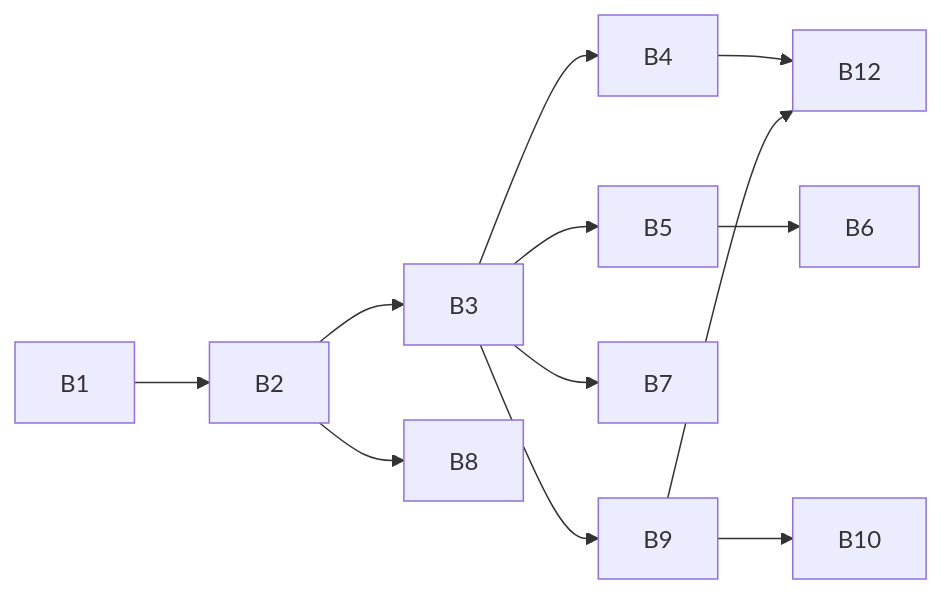
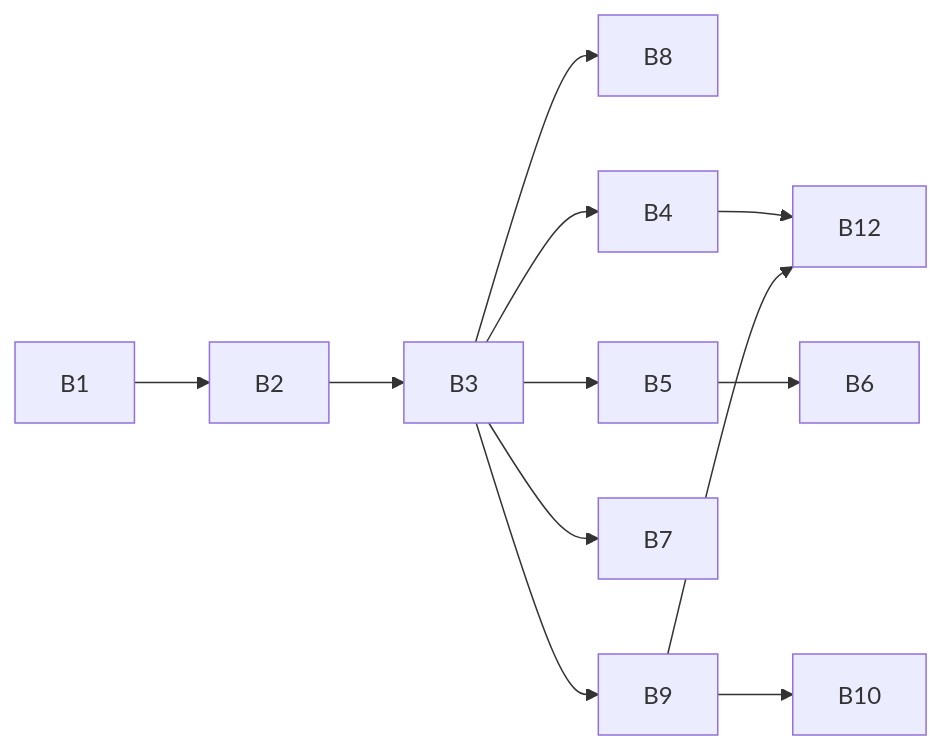
The diagram in UPSTREAM-PRS.md (AlexJSully/vscode), drawn with Mermaid before and after one commit. The commit also changed other lines of this file, not shown here.

````diff
--- a/UPSTREAM-PRS.md
+++ b/UPSTREAM-PRS.md
@@ -92,13 +93,13 @@
 ```mermaid
 flowchart LR
     accTitle: Tab Stacks pull request dependencies
-    accDescr: The first visible tab stack comes from the chain B1, B2 and B3. Persistence (B8) only needs B2. After B3, collapse and expand (B4), editing a tab stack from its header (B5), Modern UI styles (B7) and drag and drop within a group (B9) can each start. Add to Tab Stack (B6) follows B5. Drops at the end of a tab stack and from outside the group (B10) follow B9, and keyboard moves (B12) follow both B4 and B9.
+    accDescr: The first visible tab stack comes from the chain B1, B2 and B3. After B3, collapse and expand (B4), editing a tab stack from its header (B5), Modern UI styles (B7), persistence (B8) and drag and drop within a group (B9) can each start. Add to Tab Stack (B6) follows B5. Drops at the end of a tab stack and from outside the group (B10) follow B9, and keyboard moves (B12) follow both B4 and B9.
     B1 --> B2 --> B3
-    B2 --> B8
+    B3 --> B8
     B3 --> B4 --> B12
     B3 --> B5 --> B6
     B3 --> B7
     B3 --> B9
     B9 --> B10
     B9 --> B12
 ```
````
